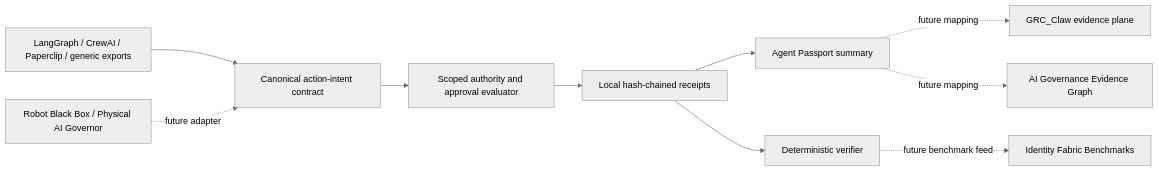
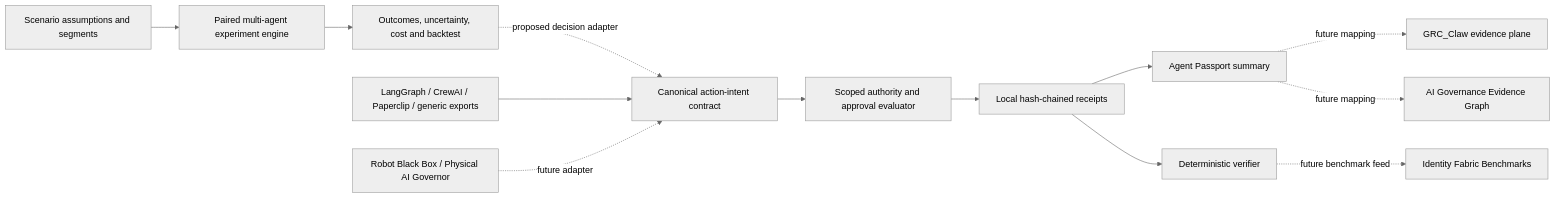
The diagram in README.md (AAH20/agent-trust-fabric), drawn with Mermaid (neutral theme) before and after one commit. The commit also changed other lines of this file, not shown here.

Commit message:
Wire scenario engine, docs, and CI

````diff
--- a/README.md
+++ b/README.md
@@ -28,12 +36,15 @@
 ```mermaid
 flowchart LR
+  S[Scenario assumptions and segments] --> T[Paired multi-agent experiment engine]
+  T --> U[Outcomes, uncertainty, cost and backtest]
+  U -. proposed decision adapter .-> B
   A[LangGraph / CrewAI / Paperclip / generic exports] --> B[Canonical action-intent contract]
   B --> C[Scoped authority and approval evaluator]
   C --> D[Local hash-chained receipts]
   D --> E[Agent Passport summary]
   D --> F[Deterministic verifier]
   E -. future mapping .-> G[GRC_Claw evidence plane]
   E -. future mapping .-> H[AI Governance Evidence Graph]
   F -. future benchmark feed .-> I[Identity Fabric Benchmarks]
   J[Robot Black Box / Physical AI Governor] -. future adapter .-> B
 ```
````
